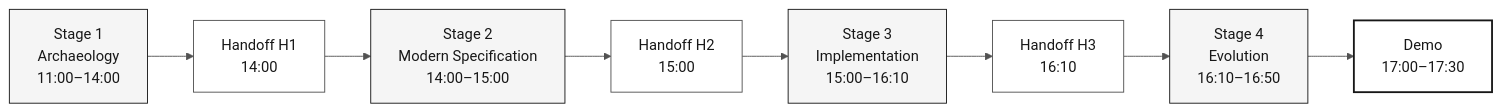
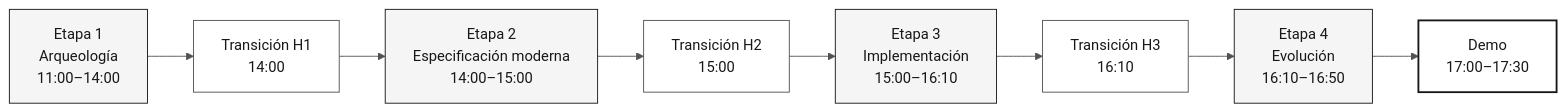
The diagram in docs/sdlc-flow-guide.md (paulasilvatech/datacorp-sifap-team-kit-pt-br), drawn with Mermaid before and after one commit. The commit also changed other lines of this file and 386 other files, not shown here.

````diff
--- a/docs/sdlc-flow-guide.md
+++ b/docs/sdlc-flow-guide.md
@@ -17,18 +17,18 @@
 ```mermaid
 %%{init: {'theme':'neutral','themeVariables':{'fontFamily':'ui-sans-serif, system-ui, sans-serif','primaryColor':'#F5F5F5','primaryTextColor':'#171717','primaryBorderColor':'#171717','lineColor':'#525252','secondaryColor':'#FFFFFF','tertiaryColor':'#FAFAFA','background':'#FFFFFF'}}}%%
 flowchart LR
     classDef step fill:#F5F5F5,stroke:#171717,color:#171717
     classDef hand fill:#FFFFFF,stroke:#525252,color:#171717
     classDef result fill:#FFFFFF,stroke:#171717,color:#171717,stroke-width:2px
 
-    E1["Stage 1<br/>Archaeology<br/>11:00–14:00"]:::step
-    H1["Handoff H1<br/>14:00"]:::hand
-    E2["Stage 2<br/>Modern Specification<br/>14:00–15:00"]:::step
-    H2["Handoff H2<br/>15:00"]:::hand
-    E3["Stage 3<br/>Implementation<br/>15:00–16:10"]:::step
-    H3["Handoff H3<br/>16:10"]:::hand
-    E4["Stage 4<br/>Evolution<br/>16:10–16:50"]:::step
+    E1["Etapa 1<br/>Arqueología<br/>11:00–14:00"]:::step
+    H1["Transición H1<br/>14:00"]:::hand
+    E2["Etapa 2<br/>Especificación moderna<br/>14:00–15:00"]:::step
+    H2["Transición H2<br/>15:00"]:::hand
+    E3["Etapa 3<br/>Implementación<br/>15:00–16:10"]:::step
+    H3["Transición H3<br/>16:10"]:::hand
+    E4["Etapa 4<br/>Evolución<br/>16:10–16:50"]:::step
     DEMO["Demo<br/>17:00–17:30"]:::result
 
     E1 --> H1 --> E2 --> H2 --> E3 --> H3 --> E4 --> DEMO
 ```
````
